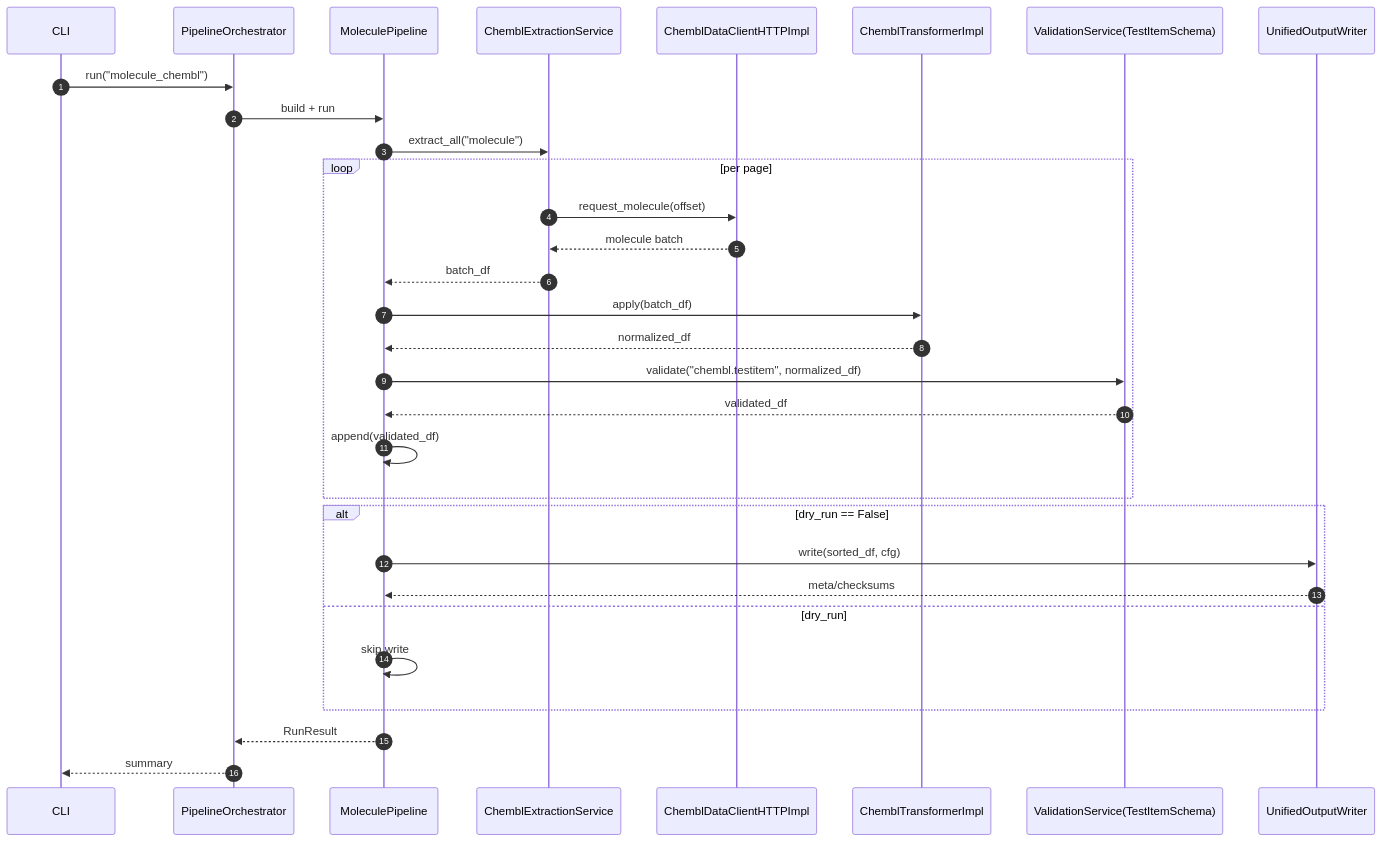
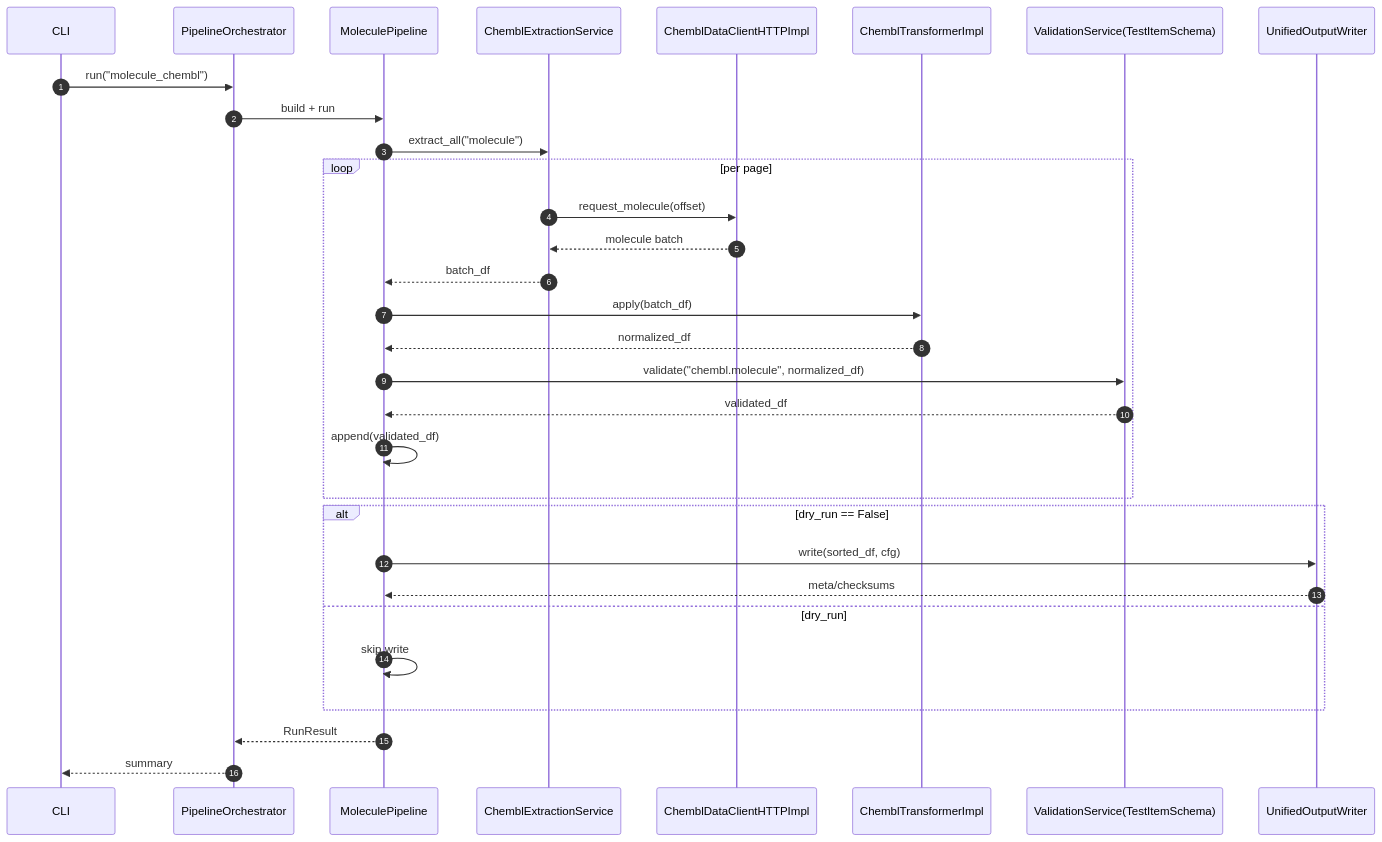
Before and after one commit to SatoryKono/BioactivityDataAcquisition: the diagram in docs/application/pipelines/chembl/molecule/diagrams/sequence/molecule-main-sequence.mmd, drawn with Mermaid. The commit also changed 44 other files, not shown here.

Commit message:
refactor: unify chembl molecule pipeline naming

```diff
--- a/docs/application/pipelines/chembl/molecule/diagrams/sequence/molecule-main-sequence.mmd
+++ b/docs/application/pipelines/chembl/molecule/diagrams/sequence/molecule-main-sequence.mmd
@@ -1,32 +1,32 @@
 sequenceDiagram
     autonumber
     participant CLI as CLI
     participant Orchestrator as PipelineOrchestrator
     participant Pipeline as MoleculePipeline
     participant Extraction as ChemblExtractionService
     participant DataClient as ChemblDataClientHTTPImpl
     participant Transformer as ChemblTransformerImpl
     participant Validator as ValidationService(TestItemSchema)
     participant Writer as UnifiedOutputWriter
 
     CLI->>Orchestrator: run("molecule_chembl")
     Orchestrator->>Pipeline: build + run
     Pipeline->>Extraction: extract_all("molecule")
     loop per page
         Extraction->>DataClient: request_molecule(offset)
         DataClient-->>Extraction: molecule batch
         Extraction-->>Pipeline: batch_df
         Pipeline->>Transformer: apply(batch_df)
         Transformer-->>Pipeline: normalized_df
-        Pipeline->>Validator: validate("chembl.testitem", normalized_df)
+        Pipeline->>Validator: validate("chembl.molecule", normalized_df)
         Validator-->>Pipeline: validated_df
         Pipeline->>Pipeline: append(validated_df)
     end
     alt dry_run == False
         Pipeline->>Writer: write(sorted_df, cfg)
         Writer-->>Pipeline: meta/checksums
     else dry_run
         Pipeline->>Pipeline: skip write
     end
     Pipeline-->>Orchestrator: RunResult
     Orchestrator-->>CLI: summary
```
